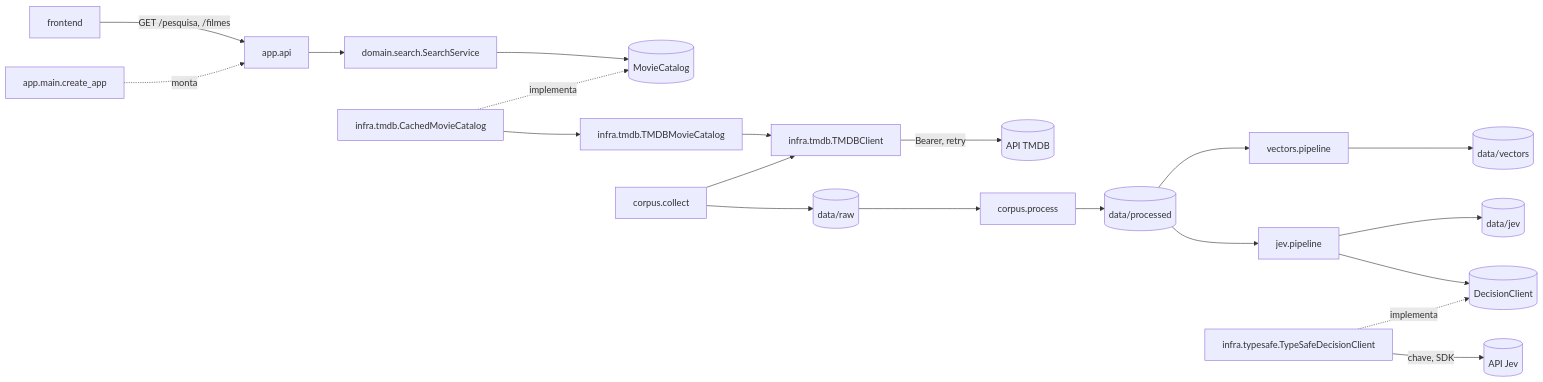
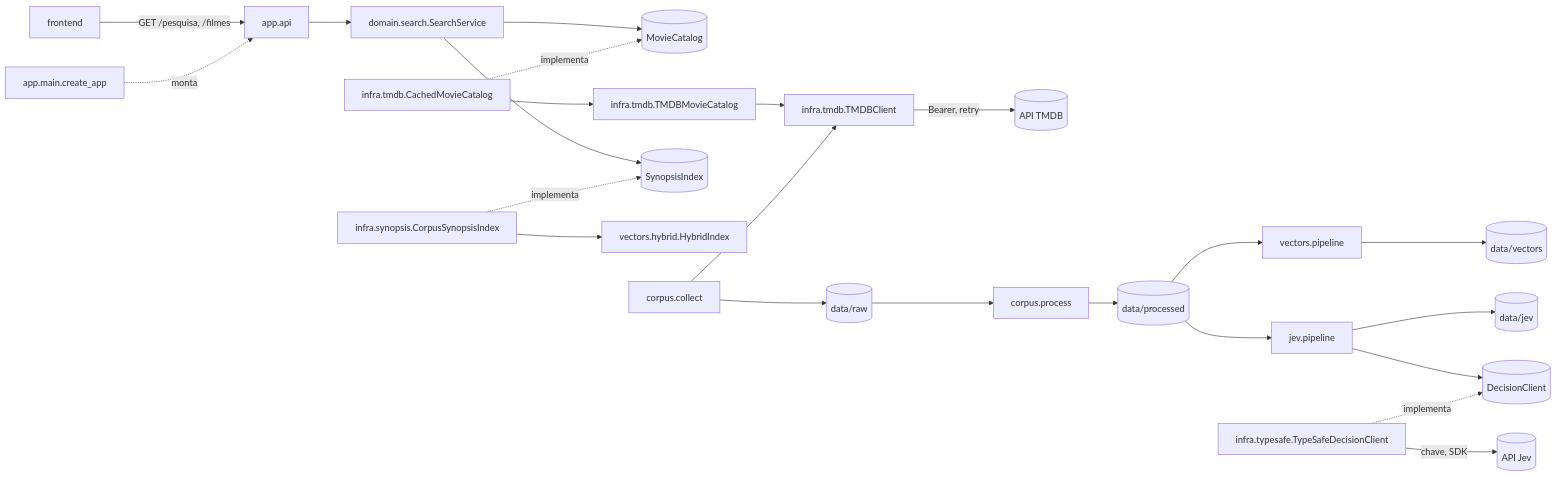
Before and after one commit to KaikeDev/PLN: the diagram in docs/arquitetura.md, drawn with Mermaid. The commit also changed other lines of this file and 36 other files, not shown here.

````diff
--- a/docs/arquitetura.md
+++ b/docs/arquitetura.md
@@ -27,19 +28,22 @@
 ```mermaid
 flowchart LR
     UI[frontend] -->|GET /pesquisa, /filmes| API[app.api]
     API --> SVC[domain.search.SearchService]
     SVC --> PORT[(MovieCatalog)]
     CACHE[infra.tmdb.CachedMovieCatalog] -. implementa .-> PORT
     CACHE --> CAT[infra.tmdb.TMDBMovieCatalog]
     CAT --> CLI[infra.tmdb.TMDBClient]
     CLI -->|Bearer, retry| TMDB[(API TMDB)]
+    SVC --> SPORT[(SynopsisIndex)]
+    SIDX[infra.synopsis.CorpusSynopsisIndex] -. implementa .-> SPORT
+    SIDX --> HYB[vectors.hybrid.HybridIndex]
     MAIN[app.main.create_app] -. monta .-> API
     COL[corpus.collect] --> CLI
     COL --> RAW[(data/raw)]
     RAW --> PROC[corpus.process] --> PRD[(data/processed)]
     PRD --> VEC[vectors.pipeline] --> VD[(data/vectors)]
     PRD --> JEV[jev.pipeline] --> JD[(data/jev)]
     JEV --> DPORT[(DecisionClient)]
     TS[infra.typesafe.TypeSafeDecisionClient] -. implementa .-> DPORT
     TS -->|chave, SDK| TSAPI[(API Jev)]
 ```
````
